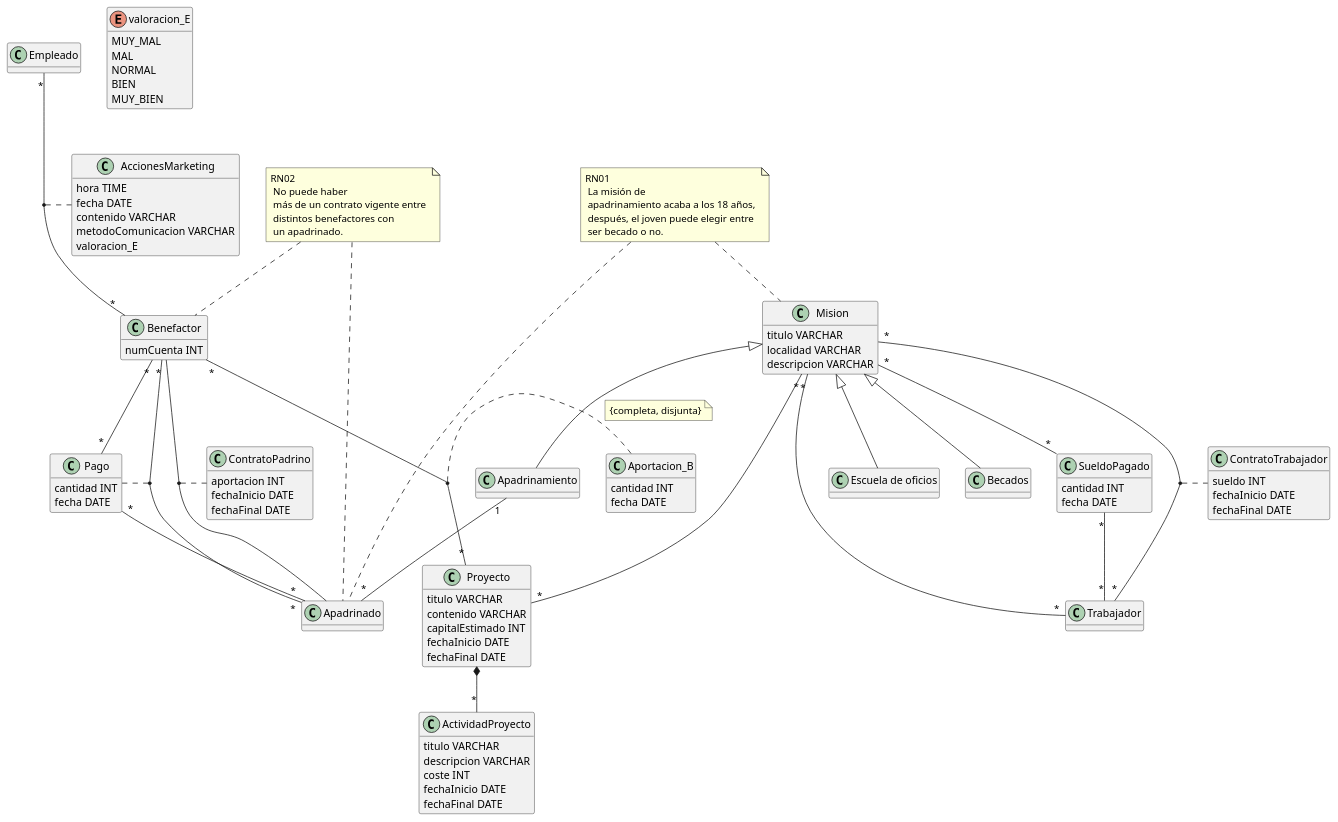
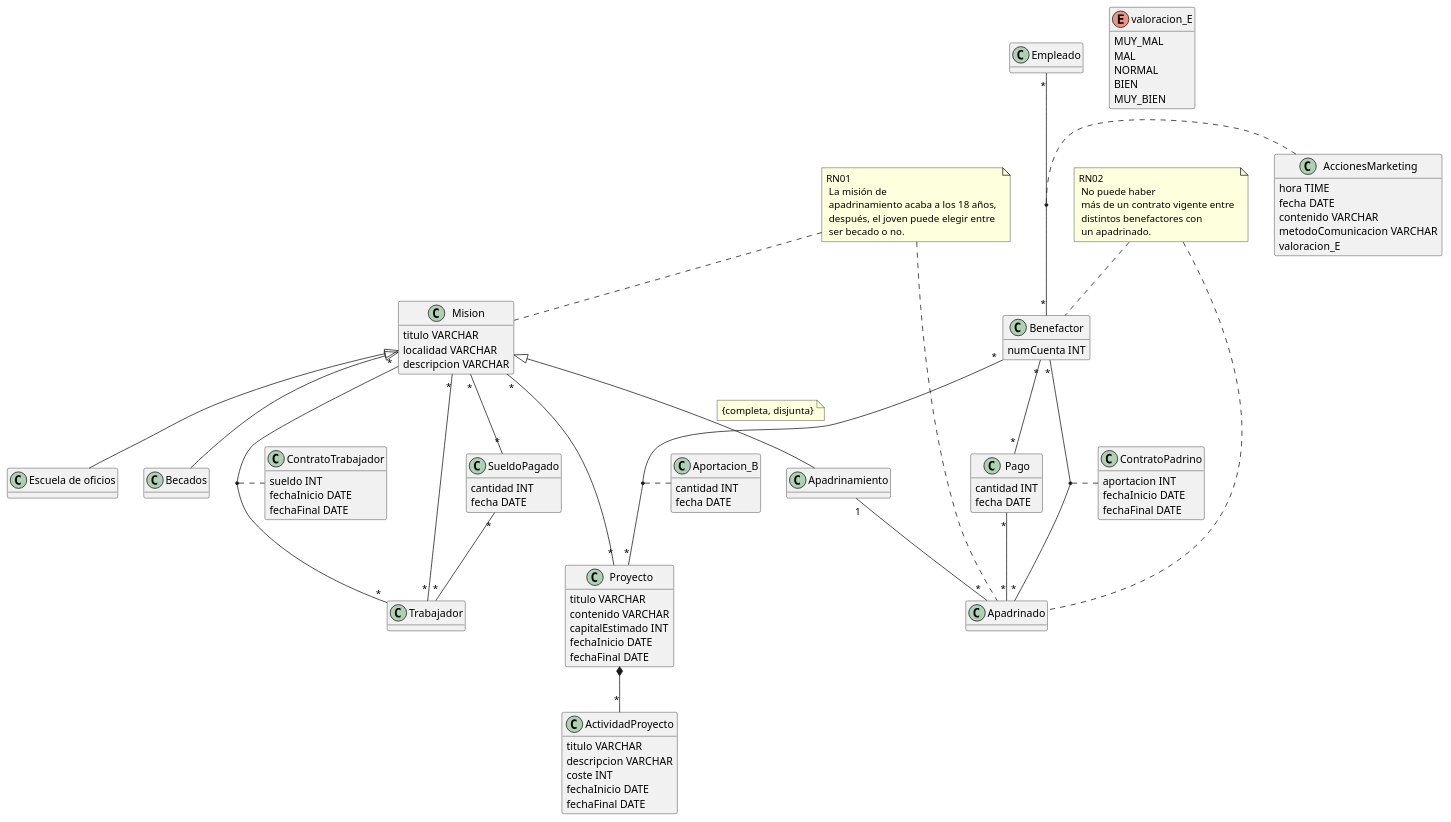
The diagram in modelo_conceptual /económico.puml (albporfer1-64/Grupo_Proyecto_DB), drawn with PlantUML before and after one commit. The commit also changed 5 other files, not shown here.

```diff
--- a/modelo_conceptual /económico.puml
+++ b/modelo_conceptual /económico.puml
@@ -1,145 +1,144 @@
 @startuml hola
 hide methods
 skinparam classAttributeIconSize 0
 
 class Proyecto{
     titulo VARCHAR
     contenido VARCHAR
     capitalEstimado INT
     fechaInicio DATE
     fechaFinal DATE
 }
 
 class ActividadProyecto{
     titulo VARCHAR
     descripcion VARCHAR
     coste INT
     fechaInicio DATE
     fechaFinal DATE
 }
 
 class Mision{
     titulo VARCHAR
     localidad VARCHAR
     descripcion VARCHAR
 }
 
 class "Escuela de oficios" as EscuelaDeOficios{
     
 }
 
 class Becados{
 }
 
 
 class Apadrinamiento{
 }
 
 'Lo que viene a continuacion es para la estetica del diagrama:
 EscuelaDeOficios -[hidden]right- Becados
 Becados -[hidden]right- Apadrinamiento
 
 Mision "*"--"*" Proyecto
 Mision "*"--"*" SueldoPagado
 SueldoPagado "*"--"*" Trabajador
 Mision "*"--"*" Trabajador
 Mision "*"--"*" Trabajador
 Proyecto *--"*" ActividadProyecto
 
 'Subclases de Mision:
 Mision <|-- EscuelaDeOficios
 Mision <|-- Becados
 Mision <|-- Apadrinamiento
 
 'Restricción de cobertura:
 note on link : {completa, disjunta}
 
 class Apadrinado{
 }
 
 
 class Aportacion_B{
     cantidad INT
     fecha DATE
 }
 
 class AccionesMarketing {
     hora TIME
     fecha DATE
     contenido VARCHAR
     metodoComunicacion VARCHAR
     valoracion_E
 }
 
 enum valoracion_E{
     MUY_MAL
     MAL
     NORMAL
     BIEN
     MUY_BIEN
 }
 
 class Benefactor{ 
     numCuenta INT
 }
 
 class Empleado{
 }
 
 class Trabajador{
 }
 
 class ContratoTrabajador{
     sueldo INT
     fechaInicio DATE
     fechaFinal DATE
 }
 
 class Pago{
     cantidad INT
     fecha DATE
 }
 
 class ContratoPadrino{
     aportacion INT
     fechaInicio DATE
     fechaFinal DATE
 }
 
 class SueldoPagado{
     cantidad INT
     fecha DATE
 }
 
 
 Apadrinamiento "1"--"*" Apadrinado
 Benefactor "*"--"*" Pago
 Pago "*"--"*" Apadrinado
 Benefactor "*"--"*" Apadrinado
 Benefactor "*"--"*" Proyecto
 
 Empleado "*"--"*"Benefactor
 
 
 (Empleado, Benefactor) .. AccionesMarketing
 (Trabajador, Mision) .. ContratoTrabajador
 (Benefactor, Proyecto) .. Aportacion_B
-(Benefactor, Apadrinado) .. Pago
 (Benefactor, Apadrinado) .. ContratoPadrino
 
 'Regla de negocio 01:
 note "RN01\n La misión de \n apadrinamiento acaba a los 18 años, \n después, el joven puede elegir entre \n ser becado o no." as RN01
 RN01 .. Mision
 RN01 .. Apadrinado
 
 'Regla de negocio 02:
 note "RN02\n No puede haber \n más de un contrato vigente entre \n distintos benefactores con \n un apadrinado." as RN02
 RN02 .. Benefactor
 RN02 .. Apadrinado
 
 
 
 'Lo que viene a continuacion es para la estetica del diagrama:
 Apadrinamiento -[hidden]right- EscuelaDeOficios
 EscuelaDeOficios -[hidden]right- Becados
 @enduml
```
